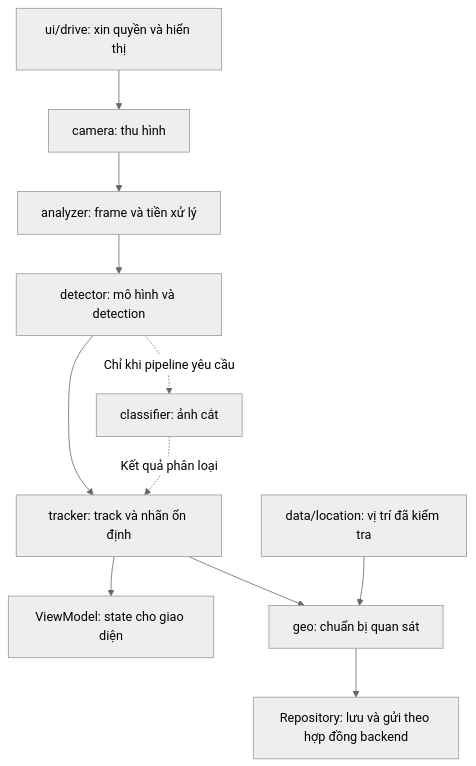
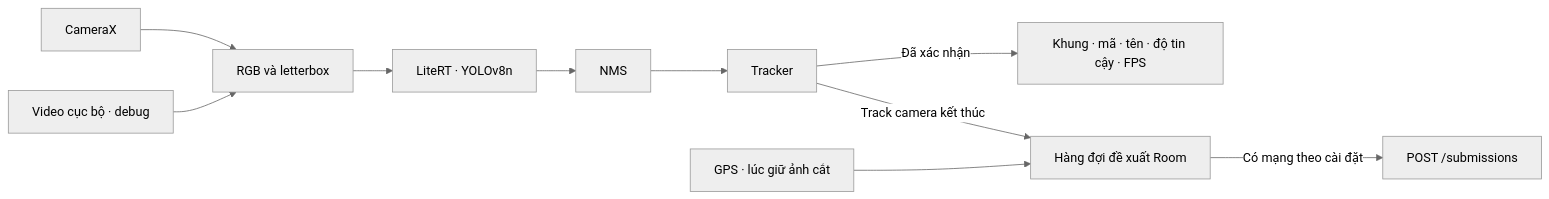
One commit to hana200804/DA changed the diagram in mobile/app/src/main/java/com/signa/app/vision/README.md. Above: the diagram before and after it, drawn with Mermaid (neutral theme). The commit also changed other lines of this file and 10 other files, not shown here.

Commit message:
docs(android): hướng dẫn nhận diện camera và phát lại video

````diff
--- a/mobile/app/src/main/java/com/signa/app/vision/README.md
+++ b/mobile/app/src/main/java/com/signa/app/vision/README.md
@@ -20,13 +17,12 @@
 ```mermaid
-flowchart TD
-    UI[ui/drive: xin quyền và hiển thị] --> C[camera: thu hình]
-    C --> A[analyzer: frame và tiền xử lý]
-    A --> D[detector: mô hình và detection]
-    D --> T[tracker: track và nhãn ổn định]
-    D -. Chỉ khi pipeline yêu cầu .-> CL[classifier: ảnh cắt]
-    CL -. Kết quả phân loại .-> T
-    T --> VM[ViewModel: state cho giao diện]
-    T --> G[geo: chuẩn bị quan sát]
-    L[data/location: vị trí đã kiểm tra] --> G
-    G --> R[Repository: lưu và gửi theo hợp đồng backend]
+flowchart LR
+    C[CameraX] --> P[RGB và letterbox]
+    V[Video cục bộ · debug] --> P
+    P --> D[LiteRT · YOLOv8n]
+    D --> N[NMS]
+    N --> T[Tracker]
+    T -->|Đã xác nhận| UI[Khung · mã · tên · độ tin cậy · FPS]
+    T -->|Track camera kết thúc| Q[Hàng đợi đề xuất Room]
+    L[GPS · lúc giữ ảnh cắt] --> Q
+    Q -->|Có mạng theo cài đặt| B[POST /submissions]
 ```
````
